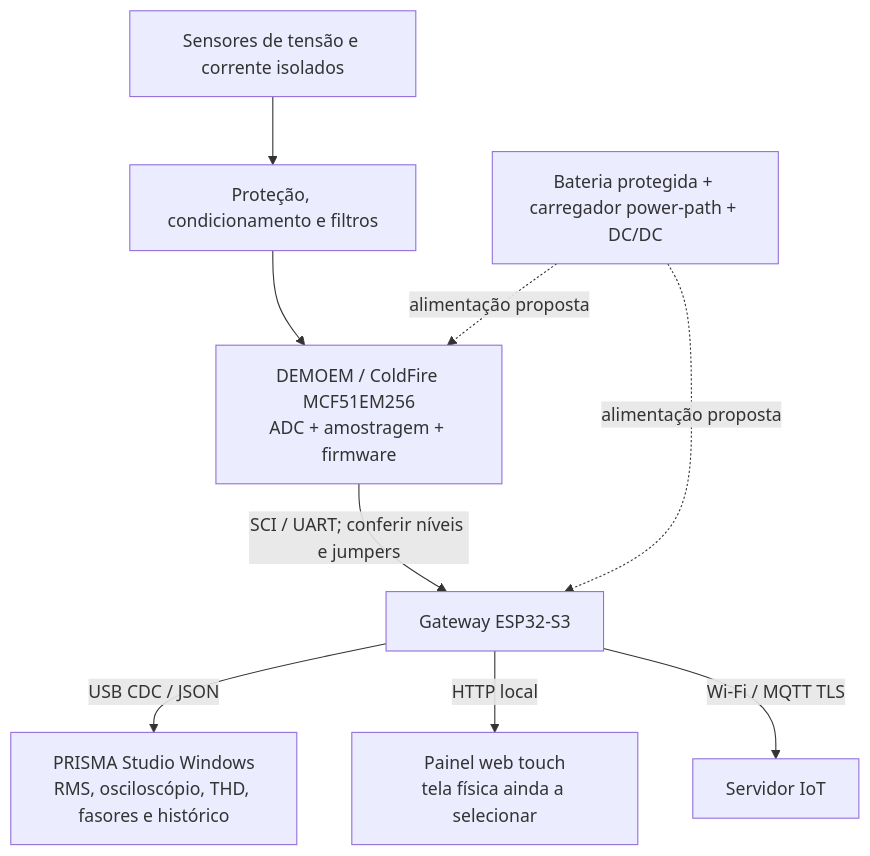
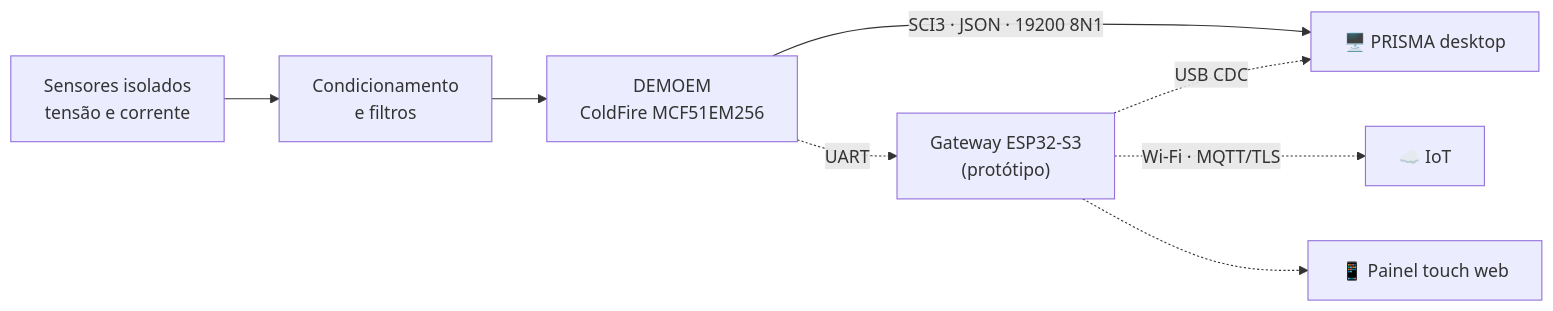
Before and after one commit to frahncky/PRISMA: the diagram in README.md, drawn with Mermaid. The commit also changed other lines of this file and 1 other file, not shown here.

````diff
--- a/README.md
+++ b/README.md
@@ -44,11 +90,10 @@
 ```mermaid
-flowchart TD
-    S["Sensores de tensão e corrente isolados"] --> A["Proteção, condicionamento e filtros"]
-    A --> B["DEMOEM / ColdFire MCF51EM256<br/>ADC + amostragem + firmware"]
-    B -->|"SCI / UART; conferir níveis e jumpers"| G["Gateway ESP32-S3"]
-    G -->|"USB CDC / JSON"| P["PRISMA Studio Windows<br/>RMS, osciloscópio, THD, fasores e histórico"]
-    G -->|"HTTP local"| H["Painel web touch<br/>tela física ainda a selecionar"]
-    G -->|"Wi-Fi / MQTT TLS"| I["Servidor IoT"]
-    BAT["Bateria protegida + carregador power-path + DC/DC"] -. "alimentação proposta" .-> B
-    BAT -. "alimentação proposta" .-> G
+flowchart LR
+    S["Sensores isolados<br/>tensão e corrente"] --> A["Condicionamento<br/>e filtros"]
+    A --> B["DEMOEM<br/>ColdFire MCF51EM256"]
+    B -->|"SCI3 · JSON · 19200 8N1"| P["🖥️ PRISMA desktop"]
+    B -.->|"UART"| G["Gateway ESP32-S3<br/>(protótipo)"]
+    G -.->|"USB CDC"| P
+    G -.->|"Wi-Fi · MQTT/TLS"| I["☁️ IoT"]
+    G -.-> H["📱 Painel touch web"]
 ```
````
